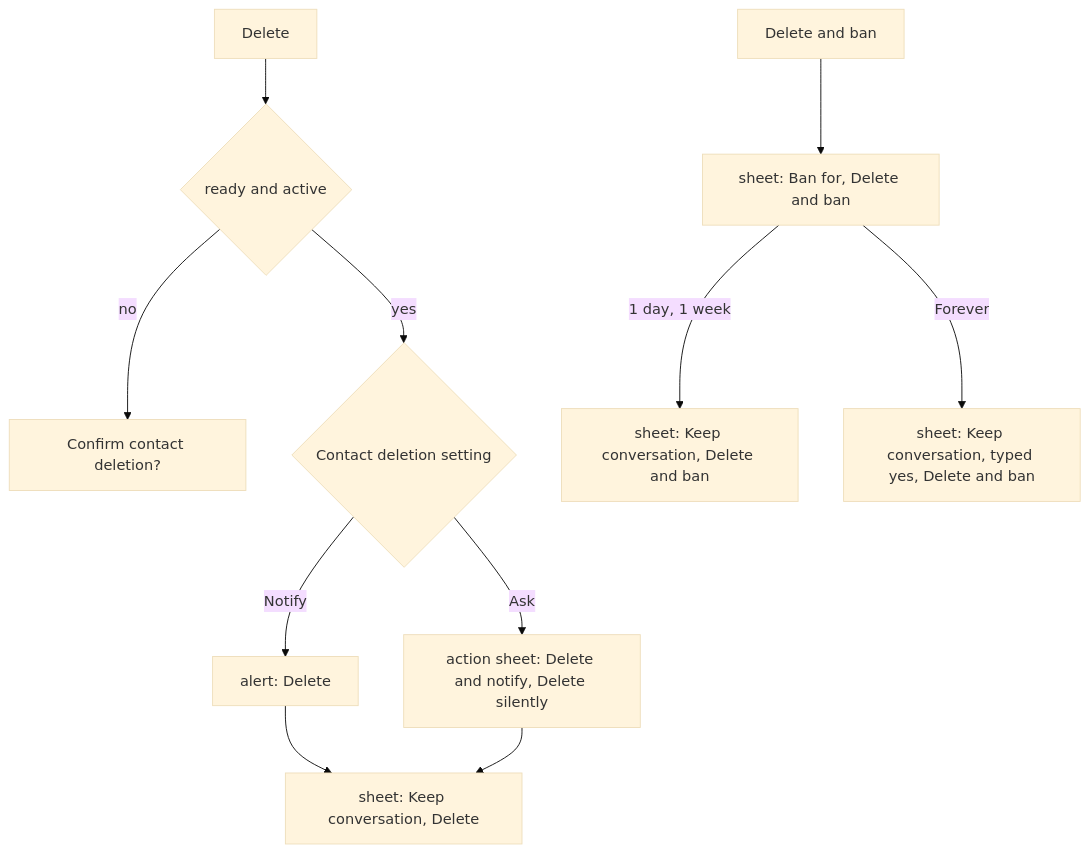
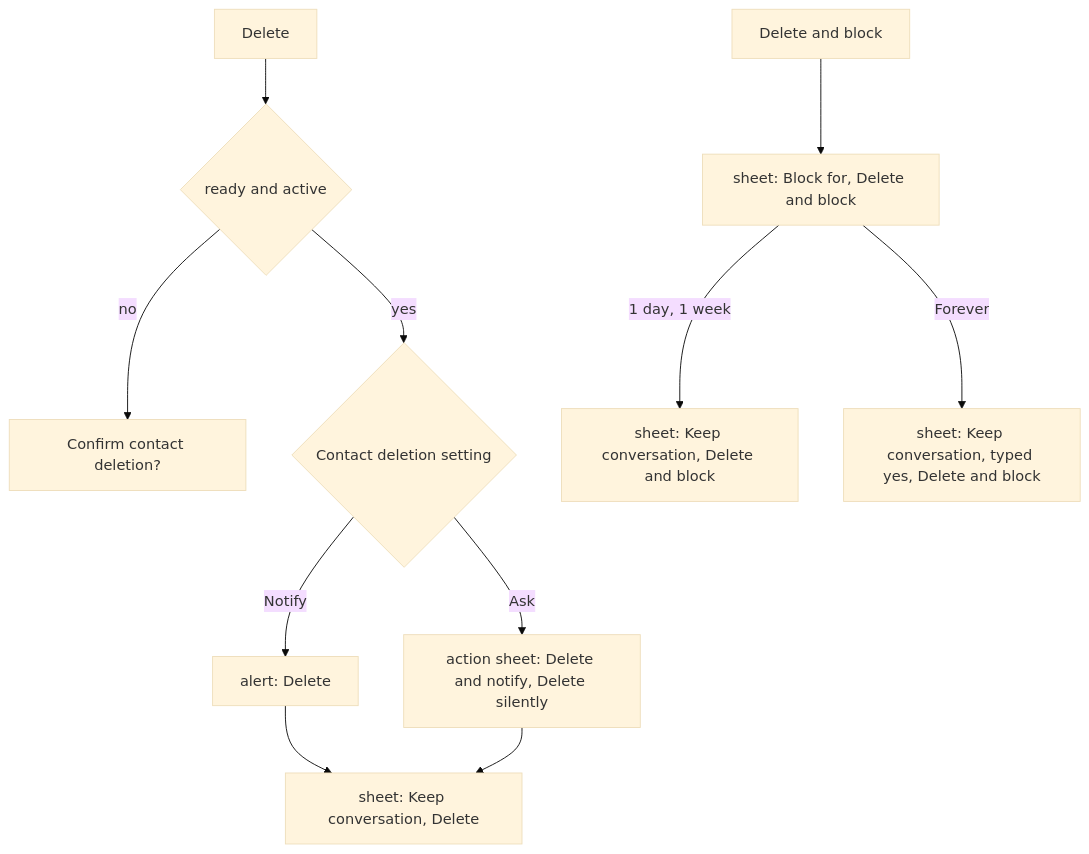
Before and after one commit to simplex-chat/simplex-chat: the diagram in apps/ios/product/flows/connection.md, drawn with Mermaid (base theme). The commit also changed other lines of this file and 27 other files, not shown here.

Commit message:
docs: block in place of ban in app docs and plans

````diff
--- a/apps/ios/product/flows/connection.md
+++ b/apps/ios/product/flows/connection.md
@@ -146,13 +146,13 @@
 ```mermaid
 flowchart TD
     D[Delete] --> R{ready and active}
     R -->|no| C["Confirm contact deletion?"]
     R -->|yes| S{Contact deletion setting}
     S -->|Notify| A["alert: Delete"]
     S -->|Ask| AS["action sheet: Delete and notify, Delete silently"]
     A --> K["sheet: Keep conversation, Delete"]
     AS --> K
-    B[Delete and ban] --> BD["sheet: Ban for, Delete and ban"]
-    BD -->|1 day, 1 week| BK["sheet: Keep conversation, Delete and ban"]
-    BD -->|Forever| BF["sheet: Keep conversation, typed yes, Delete and ban"]
+    B[Delete and block] --> BD["sheet: Block for, Delete and block"]
+    BD -->|1 day, 1 week| BK["sheet: Keep conversation, Delete and block"]
+    BD -->|Forever| BF["sheet: Keep conversation, typed yes, Delete and block"]
 ```
````
